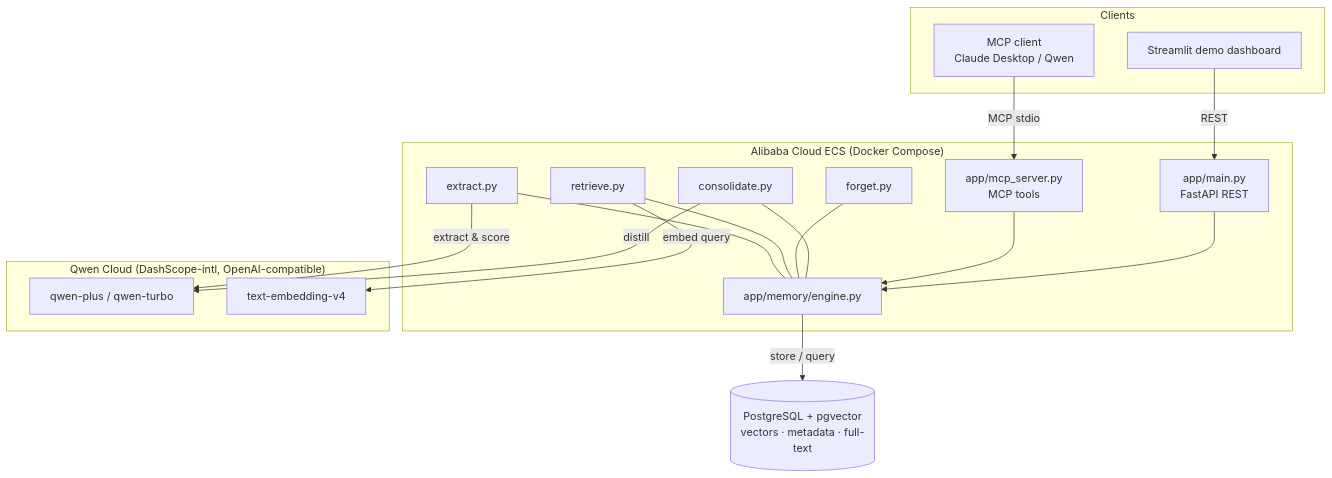
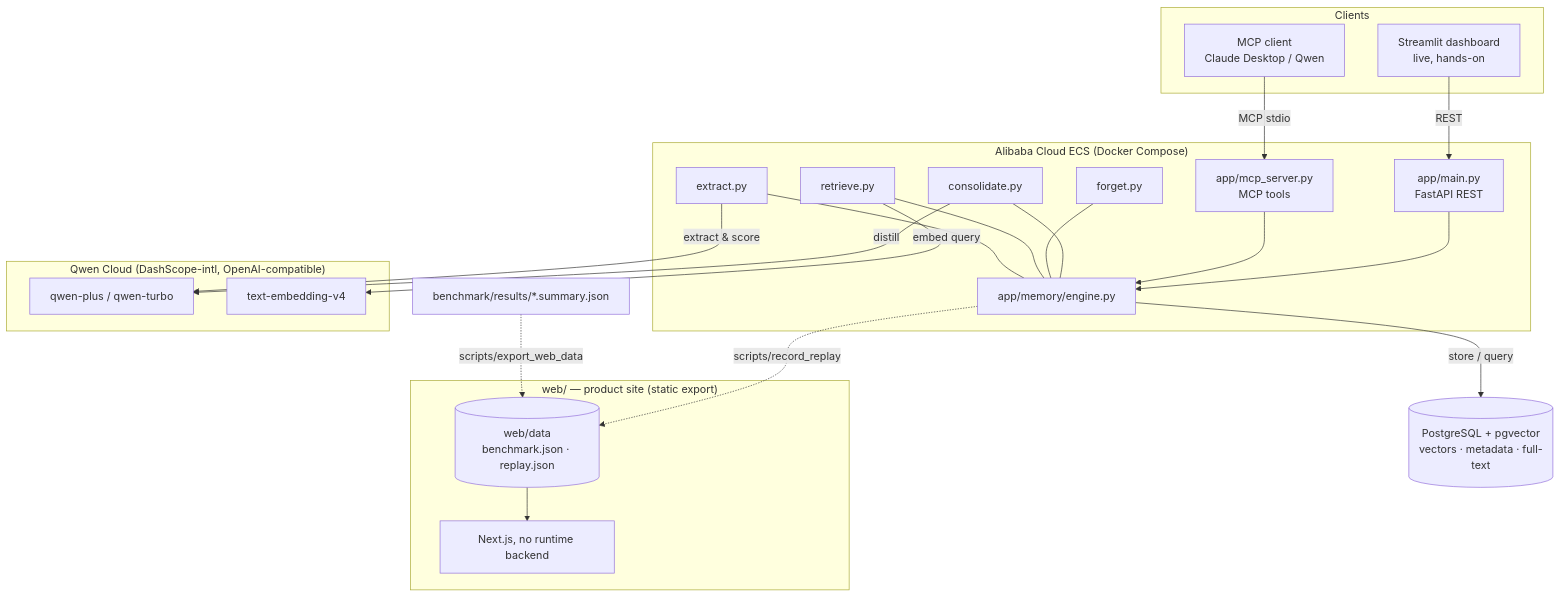
The diagram in docs/architecture.md (YantUgli/tenax), drawn with Mermaid before and after one commit. The commit also changed other lines of this file and 56 other files, not shown here.

First line of the commit message:
Add Tenax product site (Next.js static export) + fix web/data being gitignored

````diff
--- a/docs/architecture.md
+++ b/docs/architecture.md
@@ -8,33 +8,44 @@
 ```mermaid
 flowchart TB
     subgraph Clients
         A[MCP client<br/>Claude Desktop / Qwen]
-        B[Streamlit demo dashboard]
+        B[Streamlit dashboard<br/>live, hands-on]
+    end
+
+    subgraph Site["web/ — product site (static export)"]
+        W["Next.js, no runtime backend"]
+        WD[("web/data<br/>benchmark.json · replay.json")]
+        WD --> W
     end
 
     subgraph ECS["Alibaba Cloud ECS (Docker Compose)"]
         M[app/mcp_server.py<br/>MCP tools]
         R[app/main.py<br/>FastAPI REST]
         E[app/memory/engine.py]
         X[extract.py] --- E
         RE[retrieve.py] --- E
         F[forget.py] --- E
         C[consolidate.py] --- E
         M --> E
         R --> E
     end
 
     subgraph Qwen["Qwen Cloud (DashScope-intl, OpenAI-compatible)"]
         Q1[qwen-plus / qwen-turbo]
         Q2[text-embedding-v4]
     end
 
     DB[(PostgreSQL + pgvector<br/>vectors · metadata · full-text)]
 
     A -- MCP stdio --> M
     B -- REST --> R
     X -- extract & score --> Q1
     C -- distill --> Q1
     RE -- embed query --> Q2
     E -- store / query --> DB
+
+    %% Build-time only: the site is fed offline by generator scripts and has no
+    %% runtime link to the API, the database, or Qwen Cloud.
+    BR["benchmark/results/*.summary.json"] -. scripts/export_web_data .-> WD
+    E -. scripts/record_replay .-> WD
 ```
````
